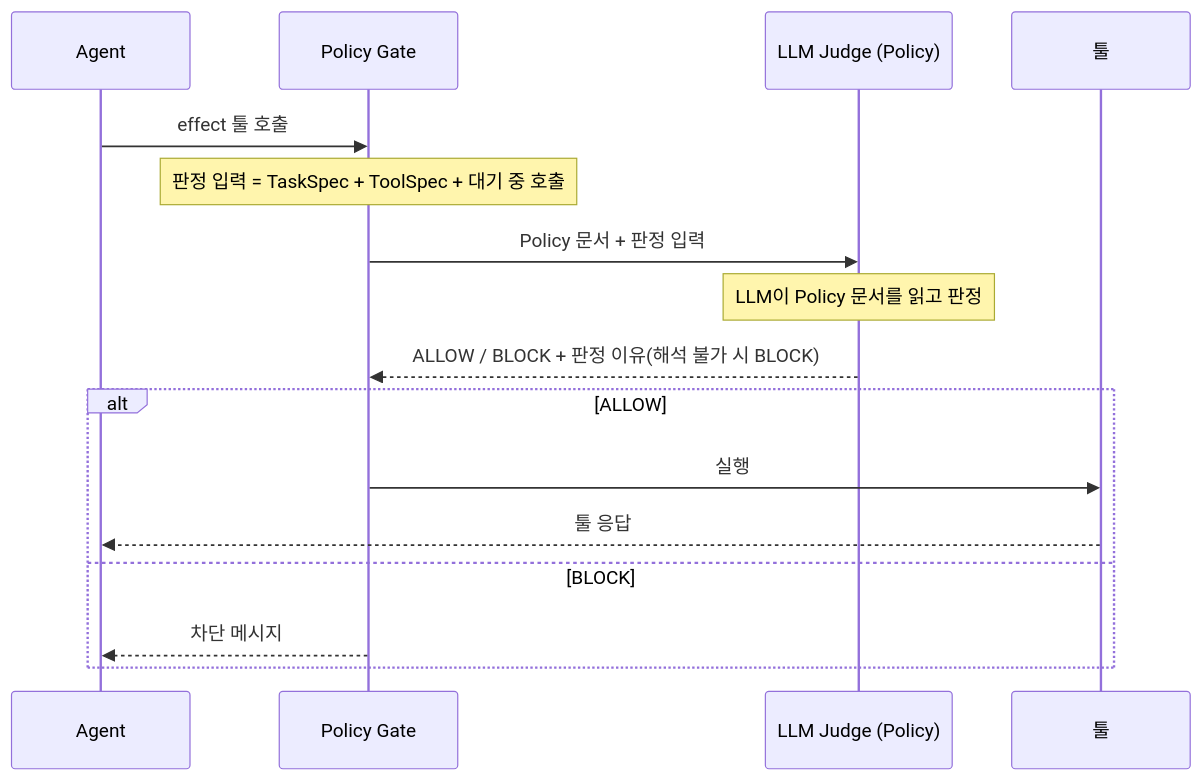
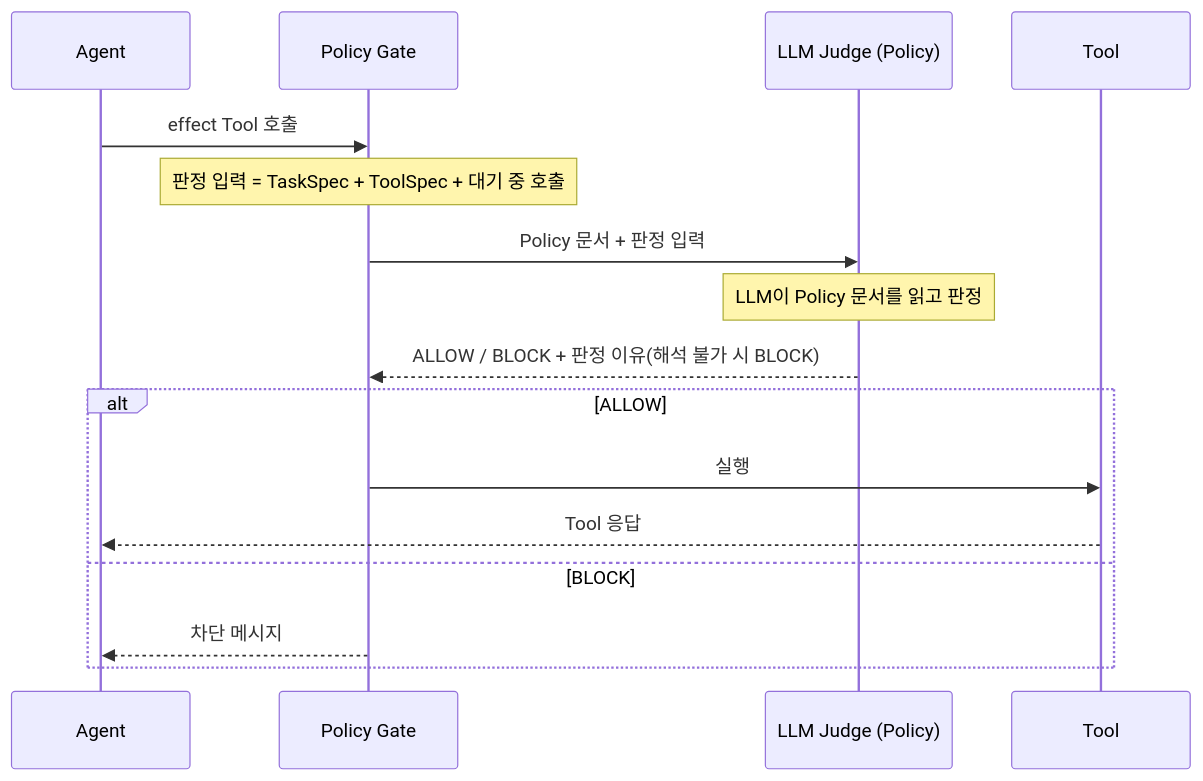
One commit to NiceGuy1313/agentgate-policy-poc changed the first of 4 diagrams in results/RESULTS.md. Above: the diagram before and after it, drawn with Mermaid. The commit also changed other lines of this file and 4 other files, not shown here.

````diff
--- a/results/RESULTS.md
+++ b/results/RESULTS.md
@@ -79,18 +79,18 @@
 ```mermaid
 sequenceDiagram
   participant A as Agent
   participant G as Policy Gate
   participant J as LLM Judge (Policy)
-  participant T as 툴
-  A->>G: effect 툴 호출
+  participant T as Tool
+  A->>G: effect Tool 호출
   Note over G: 판정 입력 = TaskSpec + ToolSpec + 대기 중 호출
   G->>J: Policy 문서 + 판정 입력
   Note over J: LLM이 Policy 문서를 읽고 판정
   J-->>G: ALLOW / BLOCK + 판정 이유(해석 불가 시 BLOCK)
   alt ALLOW
     G->>T: 실행
-    T-->>A: 툴 응답
+    T-->>A: Tool 응답
   else BLOCK
     G-->>A: 차단 메시지
   end
 ```
````
